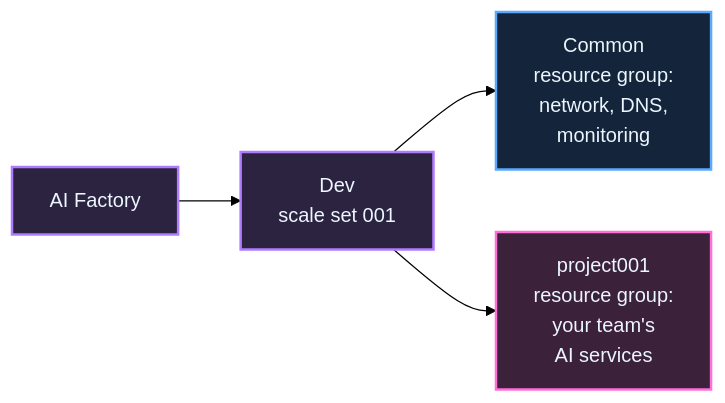
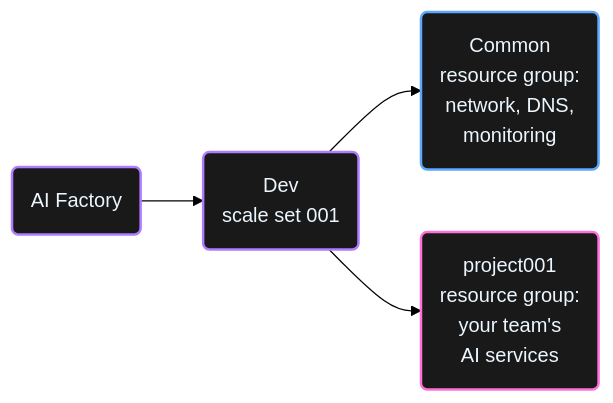
Before and after one commit to jostrm/azure-enterprise-scale-ml: the diagram in documentation/v2/quickstarts/02-create-factory.md, drawn with Mermaid (forest theme). The commit also changed 4 other files, not shown here.

First line of the commit message:
docs: diagram boxes in dark gray with rounded corners

````diff
--- a/documentation/v2/quickstarts/02-create-factory.md
+++ b/documentation/v2/quickstarts/02-create-factory.md
@@ -21,9 +21,9 @@
 ```mermaid
 flowchart LR
-  F[AI Factory]:::purple --> S[Dev<br/>scale set 001]:::purple
-  S --> C[Common<br/>resource group:<br/>network, DNS,<br/>monitoring]:::blue
-  S --> P[project001<br/>resource group:<br/>your team's<br/>AI services]:::pink
-  classDef blue fill:#14243A,stroke:#5AA9FF,stroke-width:2px,color:#ECF6FF
-  classDef purple fill:#2C2341,stroke:#B07CFF,stroke-width:2px,color:#ECF6FF
-  classDef pink fill:#3C213A,stroke:#FF6FD8,stroke-width:2px,color:#ECF6FF
+  F(AI Factory):::purple --> S(Dev<br/>scale set 001):::purple
+  S --> C(Common<br/>resource group:<br/>network, DNS,<br/>monitoring):::blue
+  S --> P(project001<br/>resource group:<br/>your team's<br/>AI services):::pink
+  classDef blue fill:#191919,stroke:#5AA9FF,stroke-width:2px,color:#ECF6FF
+  classDef purple fill:#191919,stroke:#B07CFF,stroke-width:2px,color:#ECF6FF
+  classDef pink fill:#191919,stroke:#FF6FD8,stroke-width:2px,color:#ECF6FF
 ```
````
